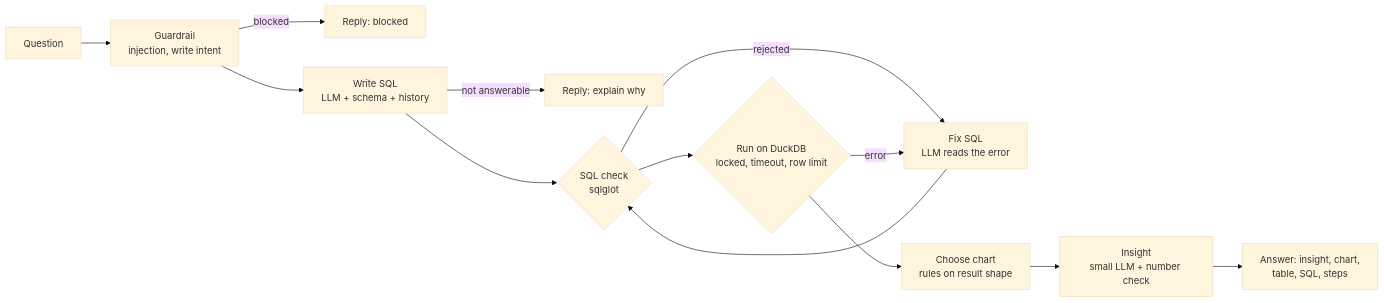
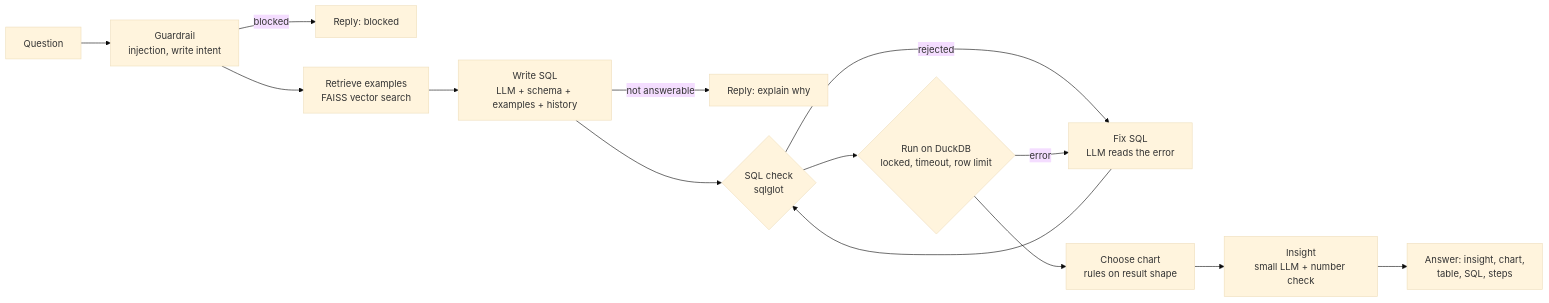
The diagram in README.md (TheCraid/datachat), drawn with Mermaid (base theme) before and after one commit. The commit also changed other lines of this file and 14 other files, not shown here.

````diff
--- a/README.md
+++ b/README.md
@@ -36,15 +41,16 @@
 ```mermaid
 flowchart LR
     Q[Question] --> G[Guardrail<br/>injection, write intent]
     G -->|blocked| X[Reply: blocked]
-    G --> W[Write SQL<br/>LLM + schema + history]
+    G --> V[Retrieve examples<br/>FAISS vector search]
+    V --> W[Write SQL<br/>LLM + schema + examples + history]
     W -->|not answerable| N[Reply: explain why]
     W --> C{SQL check<br/>sqlglot}
     C -->|rejected| F[Fix SQL<br/>LLM reads the error]
     C --> R{Run on DuckDB<br/>locked, timeout, row limit}
     R -->|error| F
     F --> C
     R --> CH[Choose chart<br/>rules on result shape]
     CH --> I[Insight<br/>small LLM + number check]
     I --> A[Answer: insight, chart,<br/>table, SQL, steps]
 ```
````
